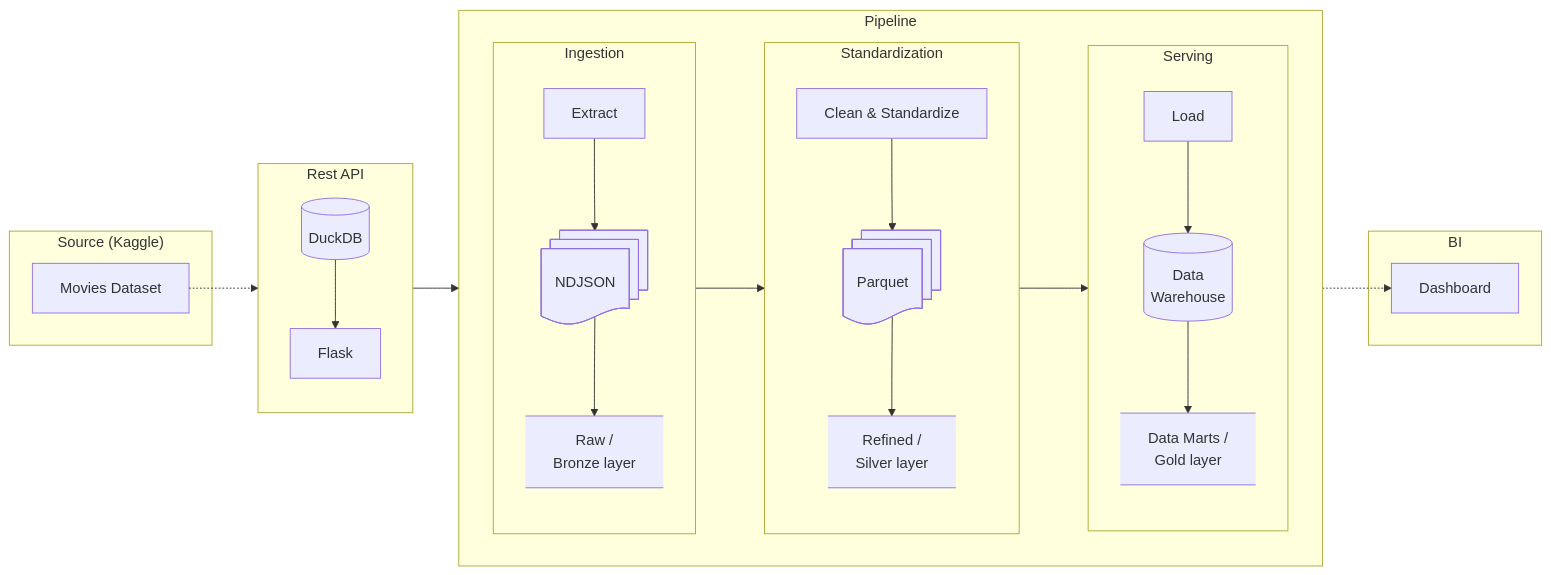
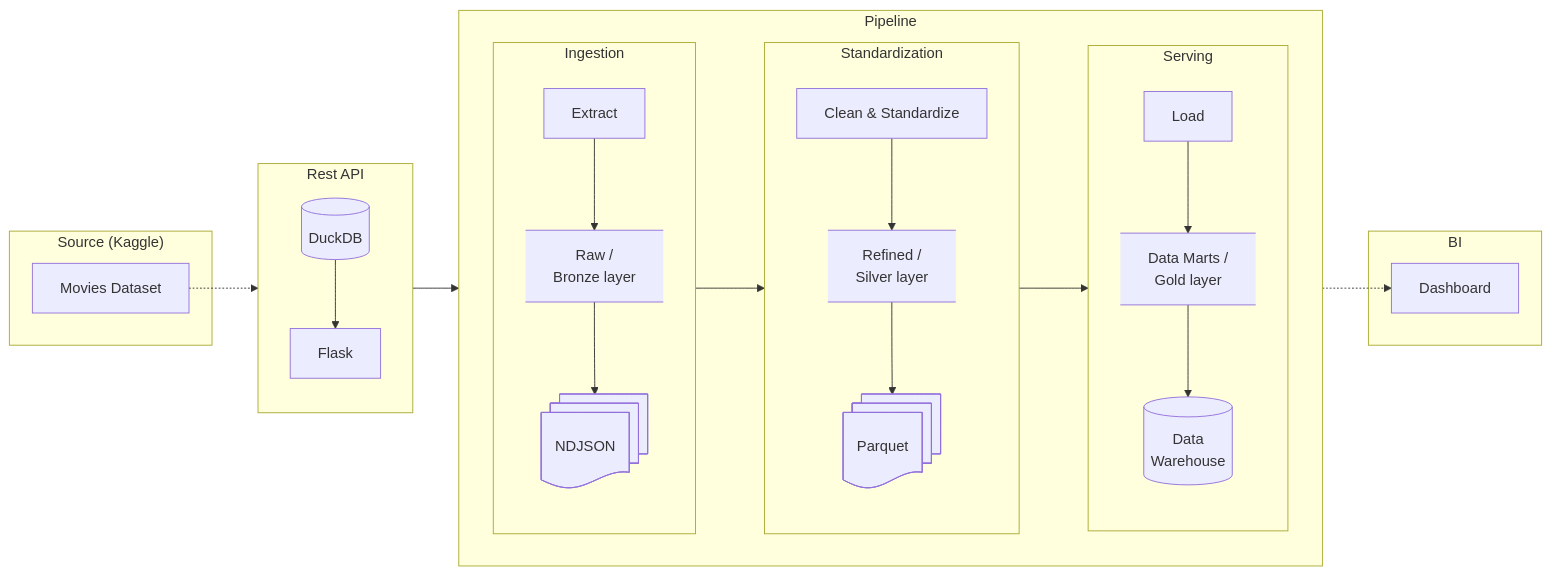
Before and after one commit to QuentinElGuay/portfolio-movies-etl: the diagram in README.md, drawn with Mermaid.

Commit message:
Reorder data flow and update diagram labels

````diff
--- a/README.md
+++ b/README.md
@@ -71,58 +71,58 @@
 ```mermaid
 flowchart LR
     subgraph "Source (Kaggle)"
         KAGGLE[Movies Dataset]
     end
 
     subgraph Rest API
         direction TB
         DUCKDB[(DuckDB)]
         API[Flask]
     end
 
     subgraph Pipeline
         direction LR
 
         subgraph Ingestion
             direction TB
             EXTRACT["Extract"]
-            NDJSON@{ shape: docs, label: "NDJSON" }
             BRONZE@{shape: datastore, label: "Raw /
             Bronze layer"}
+            NDJSON@{ shape: docs, label: "NDJSON" }
         end
 
         subgraph Standardization
             direction TB
             CLEAN["Clean & Standardize"]
-            PARQUET@{ shape: docs, label: "Parquet" }
             SILVER@{shape: datastore, label: "Refined /
             Silver layer"}
+            PARQUET@{ shape: docs, label: "Parquet" }
         end
 
         subgraph Serving
             direction TB
             LOAD["Load"]
+            GOLD@{shape: datastore, label: "Data Marts /
+            Gold layer"}
             DW[(Data
             Warehouse)]
-            GOLD@{shape: datastore, label: "Data Marts /
-            Gold layer"}
         end
     end
 
     subgraph BI
         DASHBOARD[Dashboard]
     end
 
     KAGGLE -.-> DUCKDB
     DUCKDB --> API
     API --> EXTRACT
-    EXTRACT --> NDJSON
-    NDJSON --> BRONZE
-    BRONZE --> CLEAN
-    CLEAN --> PARQUET
-    PARQUET --> SILVER
+    EXTRACT --> BRONZE
+    BRONZE --> NDJSON
+    NDJSON --> CLEAN
+    CLEAN --> SILVER
+    SILVER --> PARQUET
     SILVER --> LOAD
-    LOAD --> DW
-    DW --> GOLD
-    GOLD -.-> DASHBOARD
+    LOAD --> GOLD
+    GOLD --> DW
+    DW -.-> DASHBOARD
 ```
````
